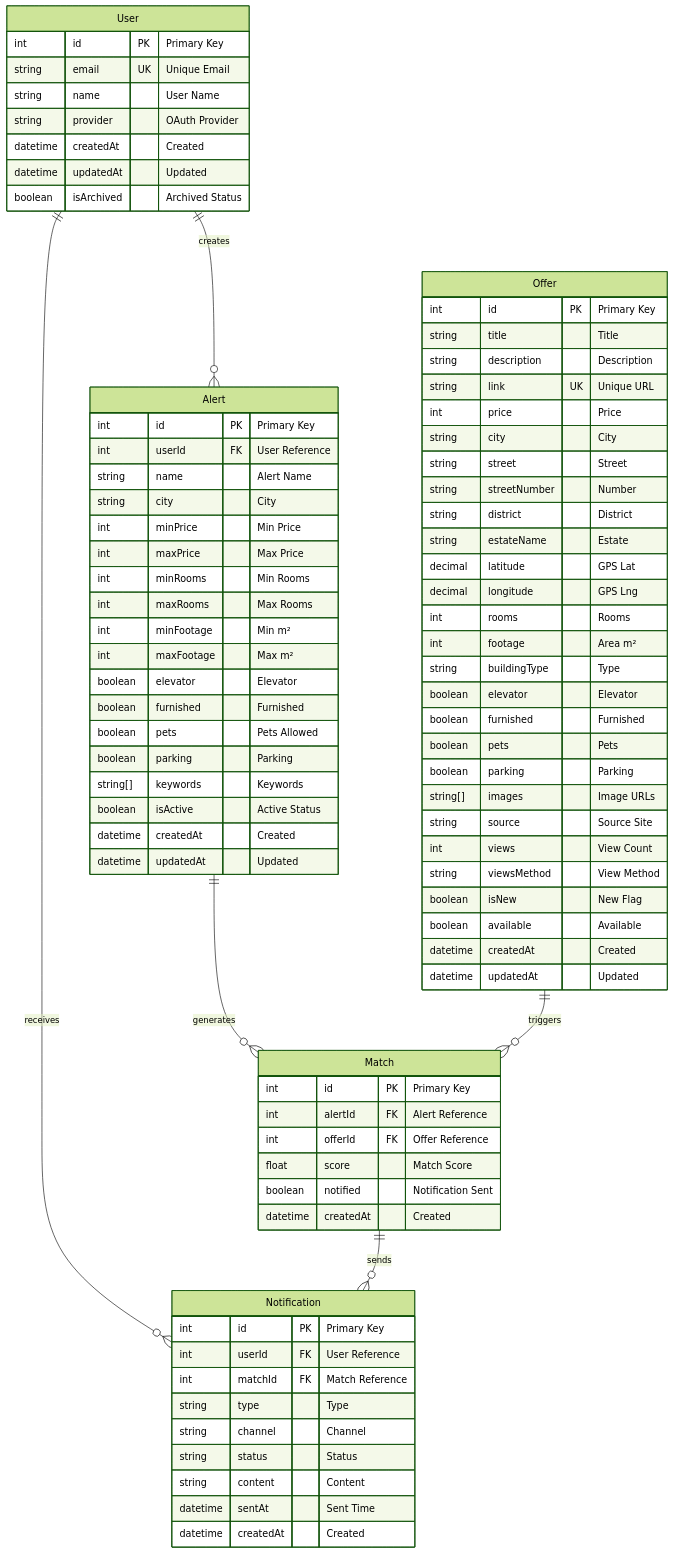
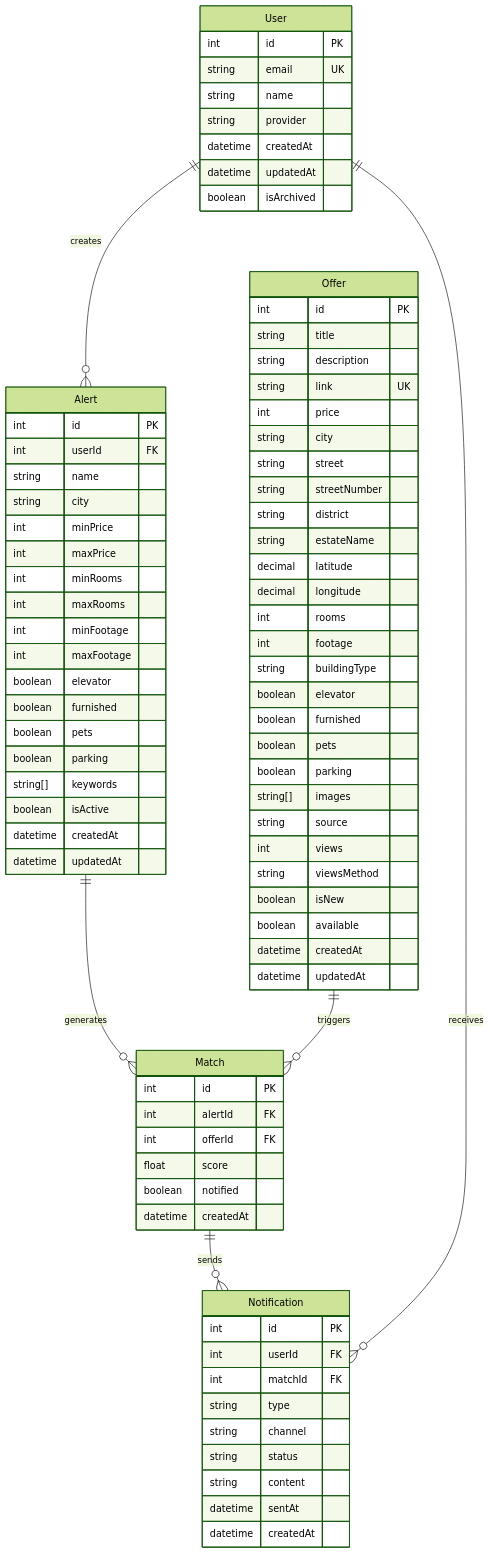
One commit to Mieszkaniownik/mieszkaniownik changed the fourth of 8 diagrams in README.md. Above: the diagram before and after it, drawn with Mermaid (forest theme). The commit also changed other lines of this file and 3 other files, not shown here.

````diff
--- a/README.md
+++ b/README.md
@@ -222,90 +209,90 @@
 ```mermaid
 erDiagram
-    User ||--o{ Alert : "creates"
-    User ||--o{ Notification : "receives"
-    Alert ||--o{ Match : "generates"
-    Offer ||--o{ Match : "triggers"
-    Match ||--o{ Notification : "sends"
-
     User {
-        int id PK "Primary Key"
-        string email UK "Unique Email"
-        string name "User Name"
-        string provider "OAuth Provider"
-        datetime createdAt "Created"
-        datetime updatedAt "Updated"
-        boolean isArchived "Archived Status"
+        int id PK
+        string email UK
+        string name
+        string provider
+        datetime createdAt
+        datetime updatedAt
+        boolean isArchived
     }
 
     Alert {
-        int id PK "Primary Key"
-        int userId FK "User Reference"
-        string name "Alert Name"
-        string city "City"
-        int minPrice "Min Price"
-        int maxPrice "Max Price"
-        int minRooms "Min Rooms"
-        int maxRooms "Max Rooms"
-        int minFootage "Min m²"
-        int maxFootage "Max m²"
-        boolean elevator "Elevator"
-        boolean furnished "Furnished"
-        boolean pets "Pets Allowed"
-        boolean parking "Parking"
-        string[] keywords "Keywords"
-        boolean isActive "Active Status"
-        datetime createdAt "Created"
-        datetime updatedAt "Updated"
+        int id PK
+        int userId FK
+        string name
+        string city
+        int minPrice
+        int maxPrice
+        int minRooms
+        int maxRooms
+        int minFootage
+        int maxFootage
+        boolean elevator
+        boolean furnished
+        boolean pets
+        boolean parking
+        string[] keywords
+        boolean isActive
+        datetime createdAt
+        datetime updatedAt
     }
 
     Offer {
-        int id PK "Primary Key"
-        string title "Title"
-        string description "Description"
-        string link UK "Unique URL"
-        int price "Price"
-        string city "City"
-        string street "Street"
-        string streetNumber "Number"
-        string district "District"
-        string estateName "Estate"
-        decimal latitude "GPS Lat"
-        decimal longitude "GPS Lng"
-        int rooms "Rooms"
-        int footage "Area m²"
-        string buildingType "Type"
-        boolean elevator "Elevator"
-        boolean furnished "Furnished"
-        boolean pets "Pets"
-        boolean parking "Parking"
-        string[] images "Image URLs"
-        string source "Source Site"
-        int views "View Count"
-        string viewsMethod "View Method"
-        boolean isNew "New Flag"
-        boolean available "Available"
-        datetime createdAt "Created"
-        datetime updatedAt "Updated"
+        int id PK
+        string title
+        string description
+        string link UK
+        int price
+        string city
+        string street
+        string streetNumber
+        string district
+        string estateName
+        decimal latitude
+        decimal longitude
+        int rooms
+        int footage
+        string buildingType
+        boolean elevator
+        boolean furnished
+        boolean pets
+        boolean parking
+        string[] images
+        string source
+        int views
+        string viewsMethod
+        boolean isNew
+        boolean available
+        datetime createdAt
+        datetime updatedAt
     }
 
     Match {
-        int id PK "Primary Key"
-        int alertId FK "Alert Reference"
-        int offerId FK "Offer Reference"
-        float score "Match Score"
-        boolean notified "Notification Sent"
-        datetime createdAt "Created"
+        int id PK
+        int alertId FK
+        int offerId FK
+        float score
+        boolean notified
+        datetime createdAt
     }
 
     Notification {
-        int id PK "Primary Key"
-        int userId FK "User Reference"
-        int matchId FK "Match Reference"
-        string type "Type"
-        string channel "Channel"
-        string status "Status"
-        string content "Content"
-        datetime sentAt "Sent Time"
-        datetime createdAt "Created"
+        int id PK
+        int userId FK
+        int matchId FK
+        string type
+        string channel
+        string status
+        string content
+        datetime sentAt
+        datetime createdAt
     }
+
+    User ||--o{ Alert : creates
+    Alert ||--o{ Match : generates
+    Offer ||--o{ Match : triggers
+    Match ||--o{ Notification : sends
+    User ||--o{ Notification : receives
 ```
````
